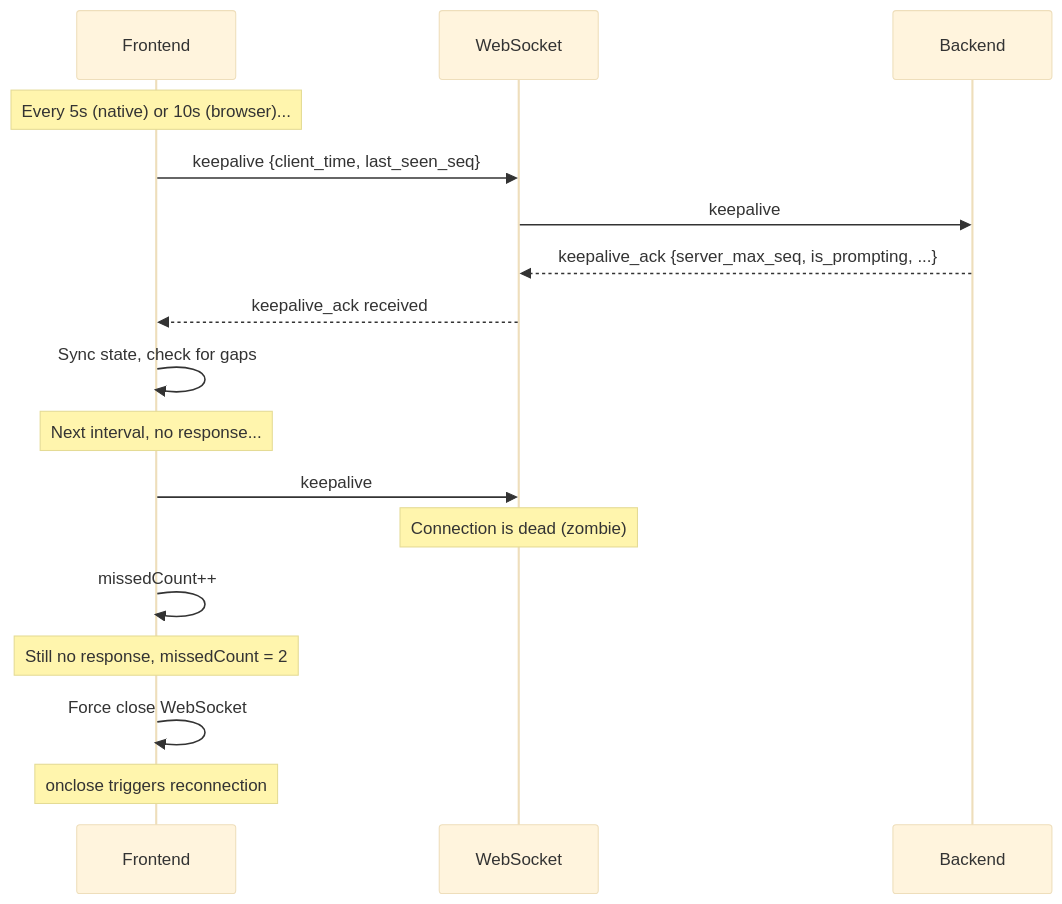
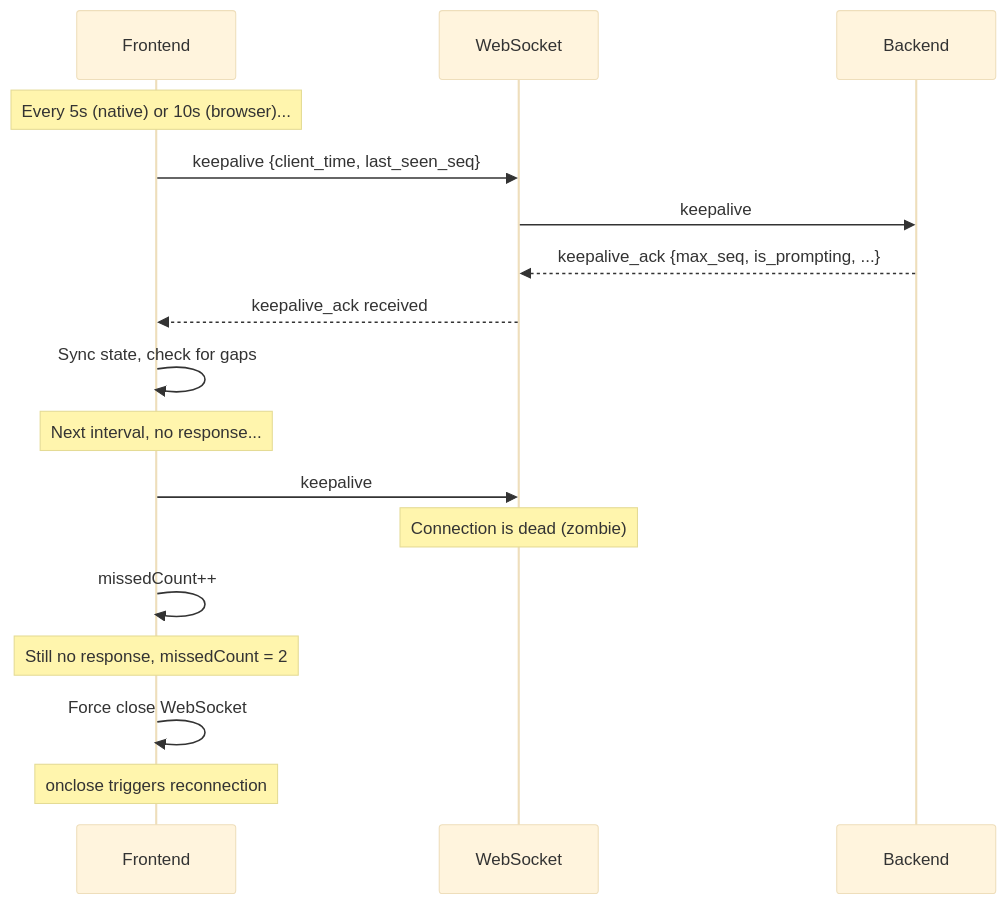
One commit to inercia/mitto changed the fourth of 5 diagrams in docs/devel/websockets/synchronization.md. Above: the diagram before and after it, drawn with Mermaid (base theme). The commit also changed 4 other files, not shown here.

Commit message:
docs(devel): update architecture and MCP documentation

````diff
--- a/docs/devel/websockets/synchronization.md
+++ b/docs/devel/websockets/synchronization.md
@@ -221,22 +221,22 @@
 ```mermaid
 sequenceDiagram
     participant Frontend
     participant WS as WebSocket
     participant Server as Backend
 
     Note over Frontend: Every 5s (native) or 10s (browser)...
     Frontend->>WS: keepalive {client_time, last_seen_seq}
     WS->>Server: keepalive
-    Server-->>WS: keepalive_ack {server_max_seq, is_prompting, ...}
+    Server-->>WS: keepalive_ack {max_seq, is_prompting, ...}
     WS-->>Frontend: keepalive_ack received
     Frontend->>Frontend: Sync state, check for gaps
 
     Note over Frontend: Next interval, no response...
     Frontend->>WS: keepalive
     Note over WS: Connection is dead (zombie)
     Frontend->>Frontend: missedCount++
 
     Note over Frontend: Still no response, missedCount = 2
     Frontend->>Frontend: Force close WebSocket
     Note over Frontend: onclose triggers reconnection
 ```
````
